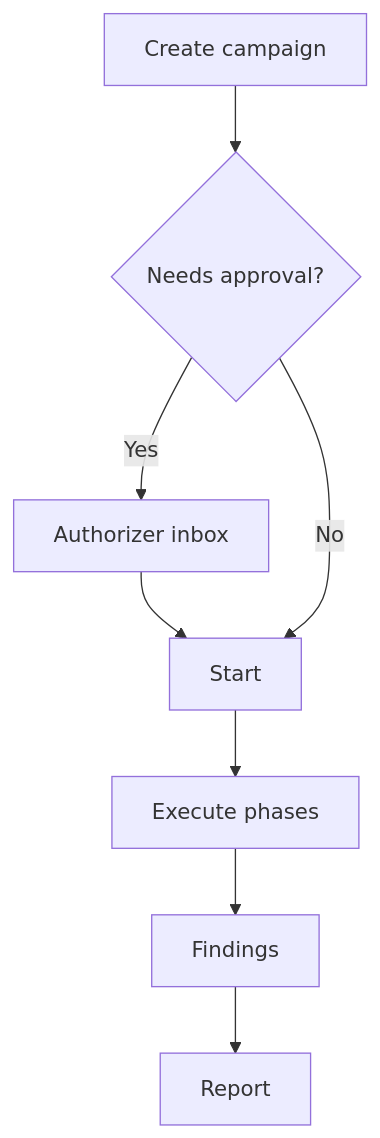
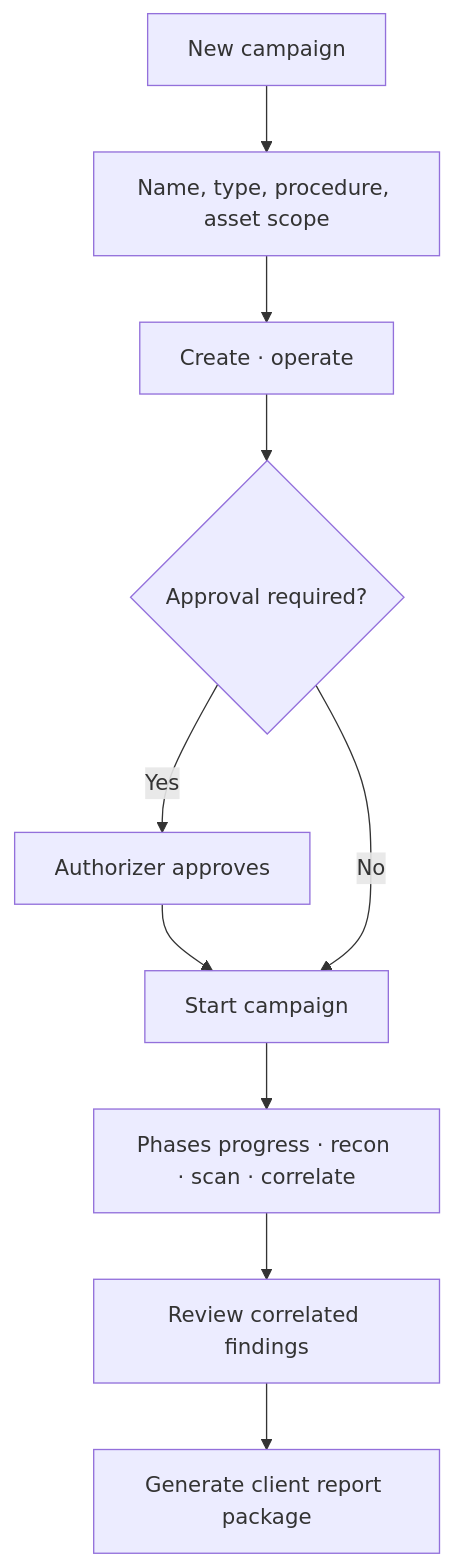
The diagram in docs/how-to/command-centre/06-run-vapt-campaign.md (Phantom-Fort/Phantix-Frontend), drawn with Mermaid before and after one commit. The commit also changed other lines of this file and 44 other files, not shown here.

````diff
--- a/docs/how-to/command-centre/06-run-vapt-campaign.md
+++ b/docs/how-to/command-centre/06-run-vapt-campaign.md
@@ -36,10 +11,12 @@
 ```mermaid
 flowchart TD
-  A[Create campaign] --> B{Needs approval?}
-  B -->|Yes| C[Authorizer inbox]
-  C --> D[Start]
-  B -->|No| D
-  D --> E[Execute phases]
-  E --> F[Findings]
-  F --> G[Report]
+  A[New campaign] --> B[Name, type, procedure, asset scope]
+  B --> C[Create · operate]
+  C --> D{Approval required?}
+  D -->|Yes| E[Authorizer approves]
+  E --> F[Start campaign]
+  D -->|No| F
+  F --> G[Phases progress · recon · scan · correlate]
+  G --> H[Review correlated findings]
+  H --> I[Generate client report package]
 ```
````
